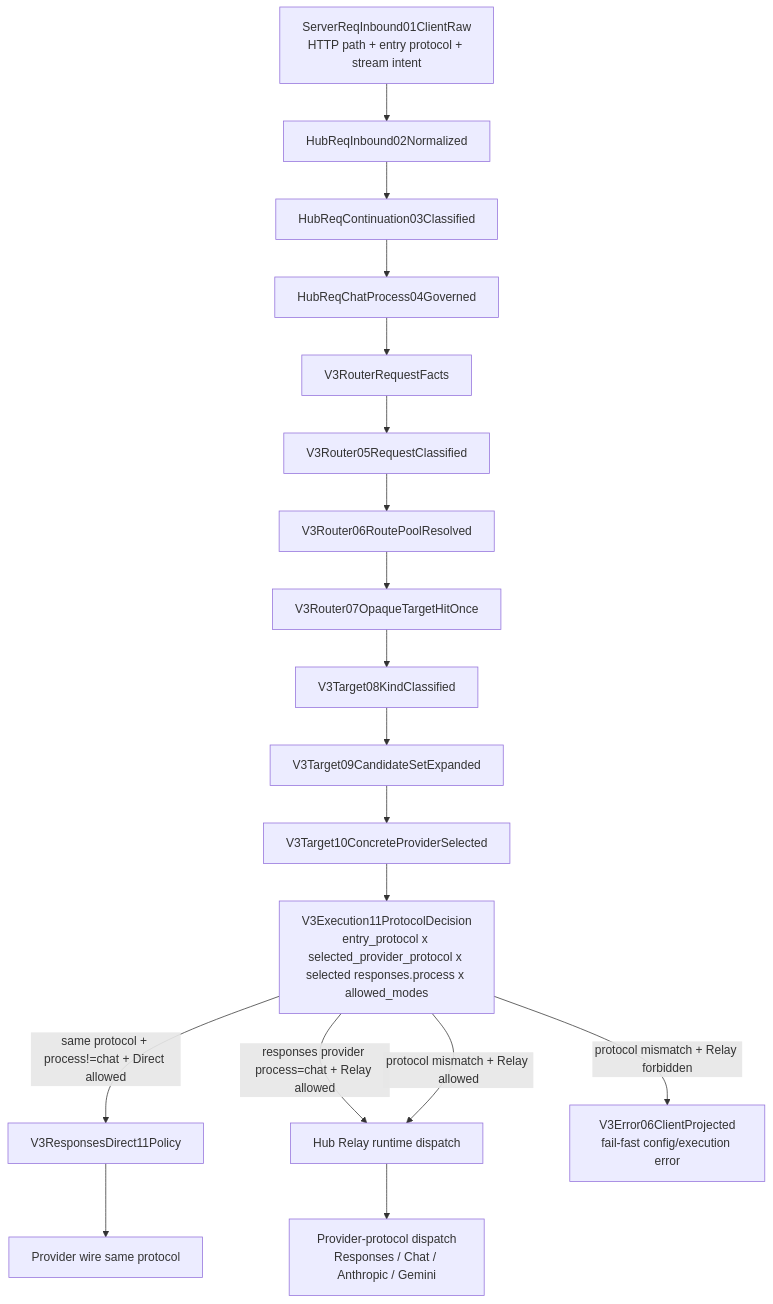
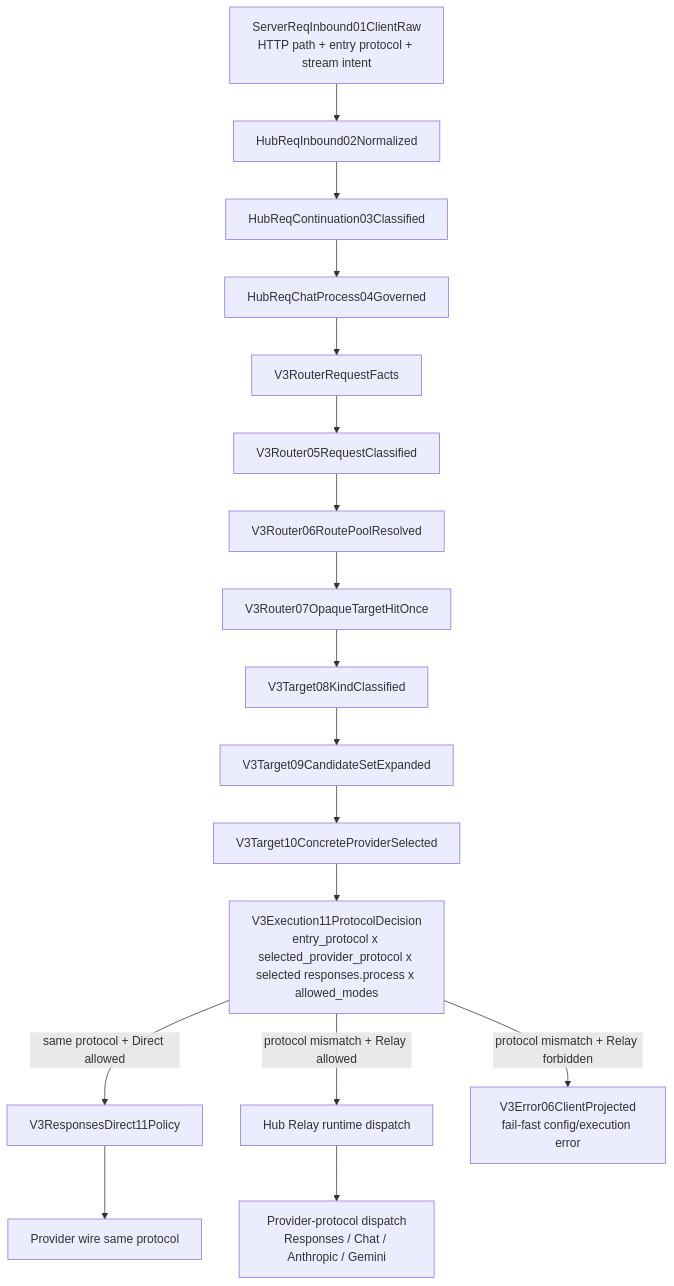
One commit to Jasonzhangf/routecodex changed the diagram in docs/goals/v3-vr-target-protocol-execution-decision-sop.md. Above: the diagram before and after it, drawn with Mermaid. The commit also changed other lines of this file and 18 other files, not shown here.

Commit message:
fix(v3): keep responses-native providers on SameProtocolDirect

````diff
--- a/docs/goals/v3-vr-target-protocol-execution-decision-sop.md
+++ b/docs/goals/v3-vr-target-protocol-execution-decision-sop.md
@@ -17,20 +17,19 @@
 ```mermaid
 flowchart TD
   A[ServerReqInbound01ClientRaw\nHTTP path + entry protocol + stream intent] --> B[HubReqInbound02Normalized]
   B --> C[HubReqContinuation03Classified]
   C --> D[HubReqChatProcess04Governed]
   D --> E[V3RouterRequestFacts]
   E --> F[V3Router05RequestClassified]
   F --> G[V3Router06RoutePoolResolved]
   G --> H[V3Router07OpaqueTargetHitOnce]
   H --> I[V3Target08KindClassified]
   I --> J[V3Target09CandidateSetExpanded]
   J --> K[V3Target10ConcreteProviderSelected]
   K --> L[V3Execution11ProtocolDecision\nentry_protocol x selected_provider_protocol x selected responses.process x allowed_modes]
-  L -->|same protocol + process!=chat + Direct allowed| M[V3ResponsesDirect11Policy]
-  L -->|responses provider process=chat + Relay allowed| N
+  L -->|same protocol + Direct allowed| M[V3ResponsesDirect11Policy]
   L -->|protocol mismatch + Relay allowed| N[Hub Relay runtime dispatch]
   L -->|protocol mismatch + Relay forbidden| O[V3Error06ClientProjected\nfail-fast config/execution error]
   M --> P[Provider wire same protocol]
   N --> Q[Provider-protocol dispatch\nResponses / Chat / Anthropic / Gemini]
 ```
````
